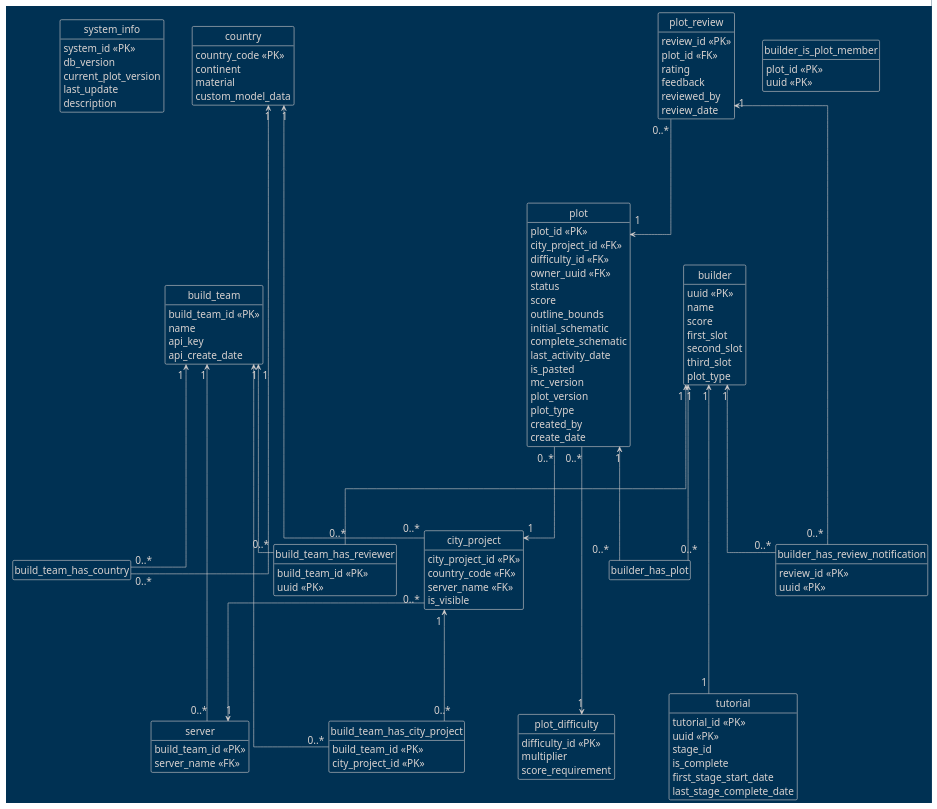
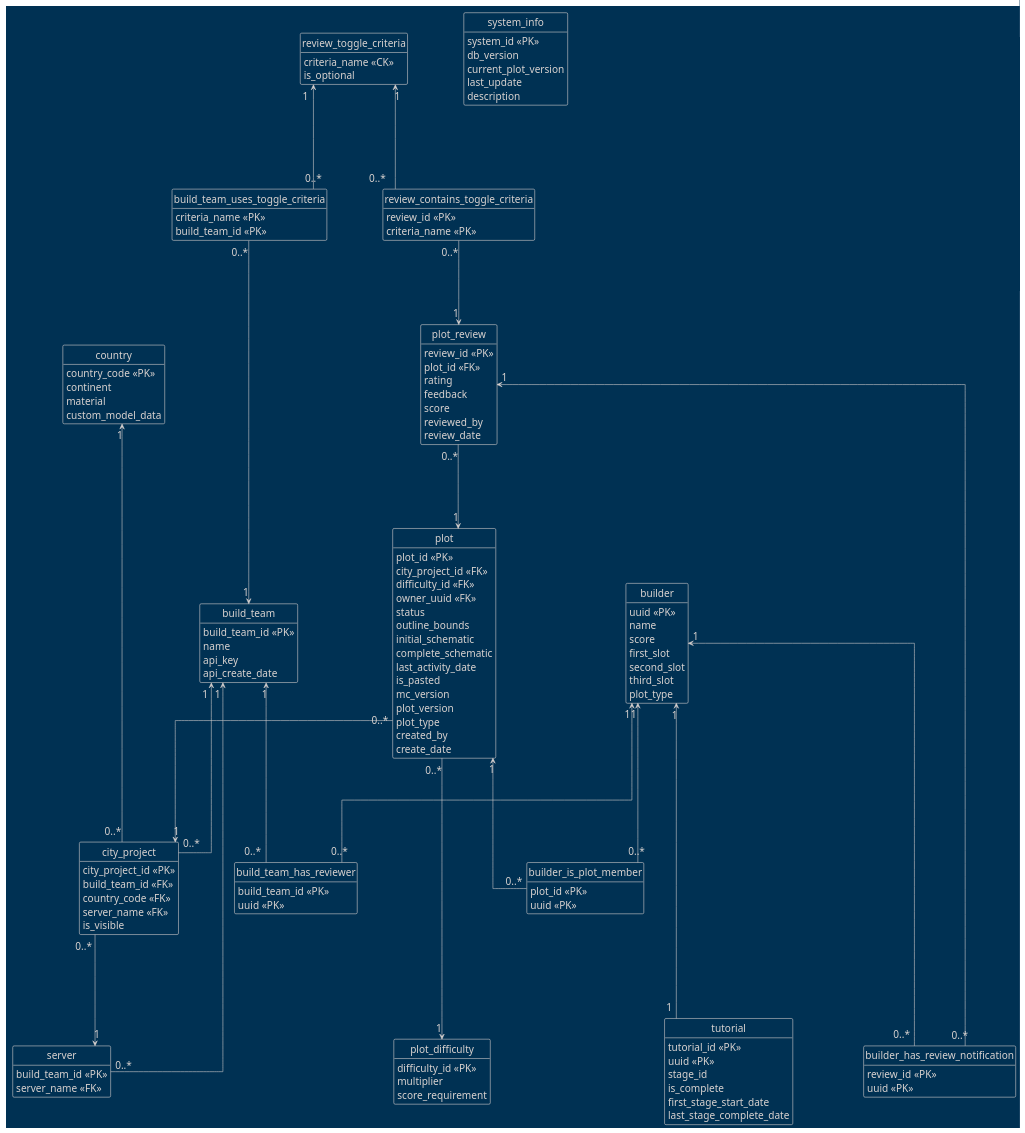
Before and after one commit to AlpsBTE/Plot-System-DB: the diagram in logical-db.puml, drawn with PlantUML. The commit also changed 6 other files, not shown here.

Commit message:
add new review tables to schema

```diff
--- a/logical-db.puml
+++ b/logical-db.puml
@@ -1,141 +1,154 @@
 @startuml
-skinparam nodesep 50
+skinparam nodesep 100
 skinparam ranksep 150
 skinparam defaultFontSize 18
 
 skinparam linetype ortho
 
 hide circle
 hide empty members
 !theme blueprint
 
 entity system_info {
     system_id <<PK>>
     db_version
     current_plot_version
     last_update
     description
 }
 
 entity build_team {
     build_team_id <<PK>>
     name
     api_key
     api_create_date
 }
 
 entity server {
     build_team_id <<PK>>
     server_name <<FK>>
 }
 
 entity country {
     country_code <<PK>>
     continent
     material
     custom_model_data
 }
 
 entity city_project {
     city_project_id <<PK>>
+    build_team_id <<FK>>
     country_code <<FK>>
     server_name <<FK>>
     is_visible
 }
 
 entity builder {
     uuid <<PK>>
     name
     score
     first_slot
     second_slot
     third_slot
     plot_type
 }
 
 entity plot_difficulty {
     difficulty_id <<PK>>
     multiplier
     score_requirement
 }
 
 entity plot {
     plot_id <<PK>>
     city_project_id <<FK>>
     difficulty_id <<FK>>
     owner_uuid <<FK>>
     status
-    score
     outline_bounds
     initial_schematic
     complete_schematic
     last_activity_date
     is_pasted
     mc_version
     plot_version
     plot_type
     created_by
     create_date
 }
 
 entity tutorial {
     tutorial_id <<PK>>
     uuid <<PK>>
     stage_id
     is_complete
     first_stage_start_date
     last_stage_complete_date
 }
 
 entity plot_review {
     review_id <<PK>>
     plot_id <<FK>>
     rating
     feedback
+    score
     reviewed_by
     review_date
 }
 
-entity build_team_has_city_project {
-    build_team_id <<PK>>
-    city_project_id <<PK>>
+entity review_toggle_criteria {
+    criteria_name <<CK>>
+    is_optional
 }
 
 entity build_team_has_reviewer {
     build_team_id <<PK>>
     uuid <<PK>>
 }
 
 entity builder_has_review_notification {
     review_id <<PK>>
     uuid <<PK>>
 }
 
 entity builder_is_plot_member {
     plot_id <<PK>>
     uuid <<PK>>
 }
 
-build_team "1" <-- "0..*" build_team_has_city_project
-build_team "1" <-- "0..*" build_team_has_country
+entity "build_team_uses_toggle_criteria" {
+    criteria_name <<PK>>
+    build_team_id <<PK>>
+}
+
+entity "review_contains_toggle_criteria" {
+    review_id <<PK>>
+    criteria_name <<PK>>
+}
+
 build_team "1" <-- "0..*" build_team_has_reviewer
 build_team "1" <-- "0..*" server
+build_team "1" <-- "0..*" city_project
 
 country "1" <--- "0..*" city_project
-country "1" <--- "0..*" build_team_has_country
 
-city_project "1" <-- "0..*" build_team_has_city_project
 city_project "0..*" --> "1" server
 
 plot_review "1" <-- "0..*" builder_has_review_notification
 plot_review "0..*" --> "1" plot
 
 builder "1" <-- "0..*" build_team_has_reviewer
 builder "1" <--- "1" tutorial
-builder "1" <-- "0..*" builder_has_review_notification
-builder "1" <-- "0..*" builder_has_plot
+builder "1" <--- "0..*" builder_has_review_notification
+builder "1" <-- "0..*" builder_is_plot_member
 
 plot "0..*" --> "1" city_project
 plot "0..*" ---> "1" plot_difficulty
-plot "1" <-- "0..*" builder_has_plot
+plot "1" <-- "0..*" builder_is_plot_member
+
+review_toggle_criteria "1" <-- "0..*" build_team_uses_toggle_criteria
+build_team_uses_toggle_criteria "0..*" -> "1" build_team
+review_toggle_criteria "1" <-- "0..*" review_contains_toggle_criteria
+review_contains_toggle_criteria "0..*" --> "1" plot_review
 @enduml
```
